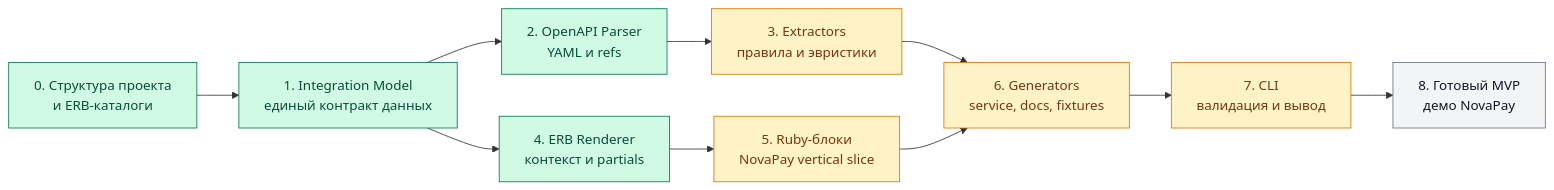
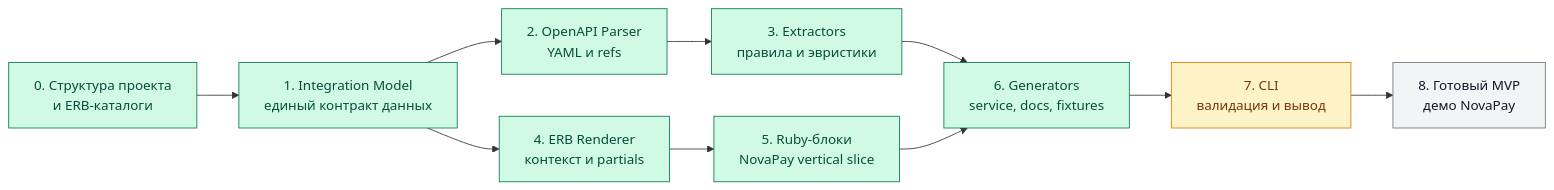
One commit to blasterss/hackaton-provider-ruby changed the diagram in docs/plans/DEVELOPMENT_PLAN.md. Above: the diagram before and after it, drawn with Mermaid. The commit also changed other lines of this file and 4 other files, not shown here.

````diff
--- a/docs/plans/DEVELOPMENT_PLAN.md
+++ b/docs/plans/DEVELOPMENT_PLAN.md
@@ -5,30 +5,30 @@
 ```mermaid
 flowchart LR
     foundation["0. Структура проекта<br/>и ERB-каталоги"]
     model["1. Integration Model<br/>единый контракт данных"]
     parser["2. OpenAPI Parser<br/>YAML и refs"]
     extractors["3. Extractors<br/>правила и эвристики"]
     renderer["4. ERB Renderer<br/>контекст и partials"]
     blocks["5. Ruby-блоки<br/>NovaPay vertical slice"]
     generators["6. Generators<br/>service, docs, fixtures"]
     cli["7. CLI<br/>валидация и вывод"]
     release["8. Готовый MVP<br/>демо NovaPay"]
 
     foundation --> model
     model --> parser
     parser --> extractors
     model --> renderer
     renderer --> blocks
     extractors --> generators
     blocks --> generators
     generators --> cli
     cli --> release
 
     classDef done fill:#d1fae5,stroke:#047857,color:#064e3b
     classDef next fill:#fef3c7,stroke:#d97706,color:#78350f
     classDef pending fill:#f3f4f6,stroke:#6b7280,color:#111827
 
-    class foundation,model,parser,renderer done
-    class extractors,blocks,generators,cli next
+    class foundation,model,parser,extractors,renderer,blocks,generators done
+    class cli next
     class release pending
 ```
````
